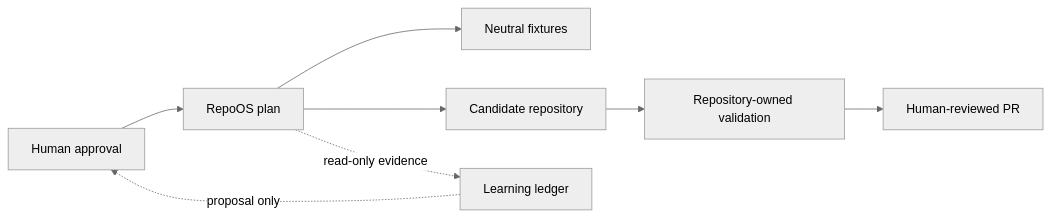
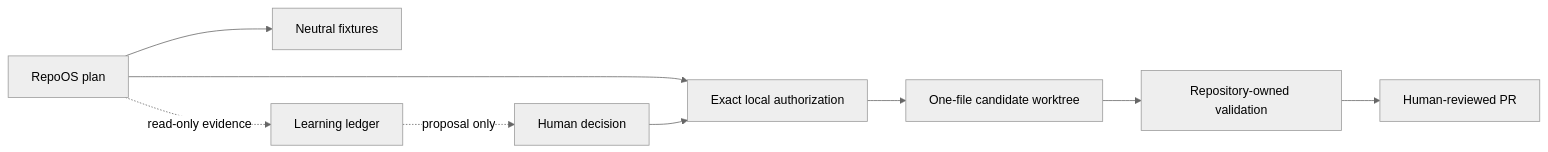
Before and after one commit to amanmishra2/RepoOS: the diagram in docs/implementation/VALIDATED_ARCHITECTURE.md, drawn with Mermaid (neutral theme). The commit also changed other lines of this file and 53 other files, not shown here.

````diff
--- a/docs/implementation/VALIDATED_ARCHITECTURE.md
+++ b/docs/implementation/VALIDATED_ARCHITECTURE.md
@@ -21,10 +22,11 @@
 ```mermaid
 flowchart LR
-  U["Human approval"] --> R["RepoOS plan"]
+  R["RepoOS plan"] --> U["Exact local authorization"]
   R --> F["Neutral fixtures"]
-  R --> C["Candidate repository"]
+  U --> C["One-file candidate worktree"]
   C --> V["Repository-owned validation"]
   V --> P["Human-reviewed PR"]
   R -. "read-only evidence" .-> L["Learning ledger"]
-  L -. "proposal only" .-> U
+  L -. "proposal only" .-> H["Human decision"]
+  H --> U
 ```
````
